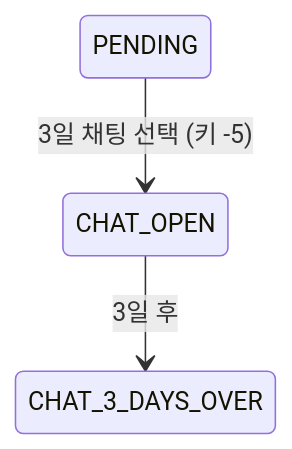
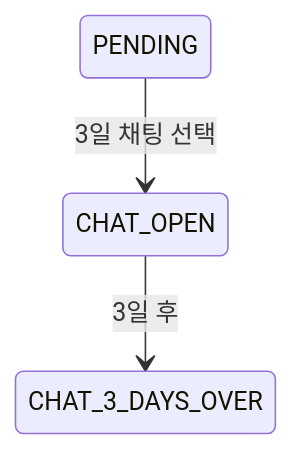
The second of 4 diagrams in content/architecture/matching-fsm.md (coupler-developer/docs), drawn with Mermaid before and after one commit. The commit also changed other lines of this file and 12 other files, not shown here.

````diff
--- a/content/architecture/matching-fsm.md
+++ b/content/architecture/matching-fsm.md
@@ -113,5 +114,5 @@
 ```mermaid
 stateDiagram-v2
-    PENDING --> CHAT_OPEN : 3일 채팅 선택 (키 -5)
+    PENDING --> CHAT_OPEN : 3일 채팅 선택
     CHAT_OPEN --> CHAT_3_DAYS_OVER : 3일 후
 ```
````
